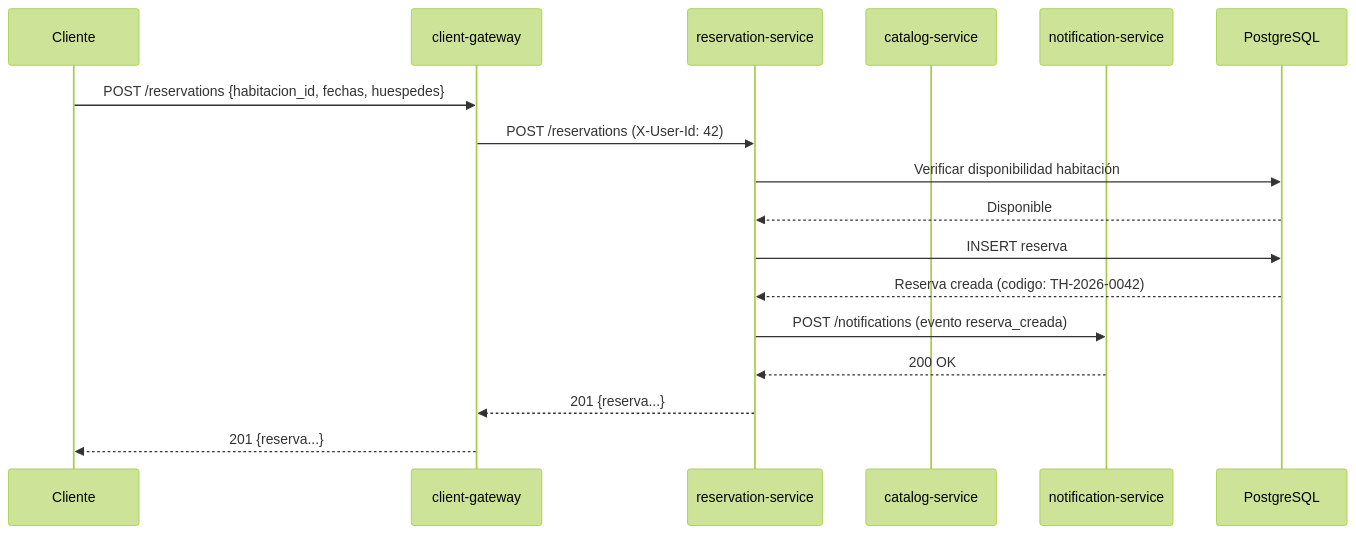
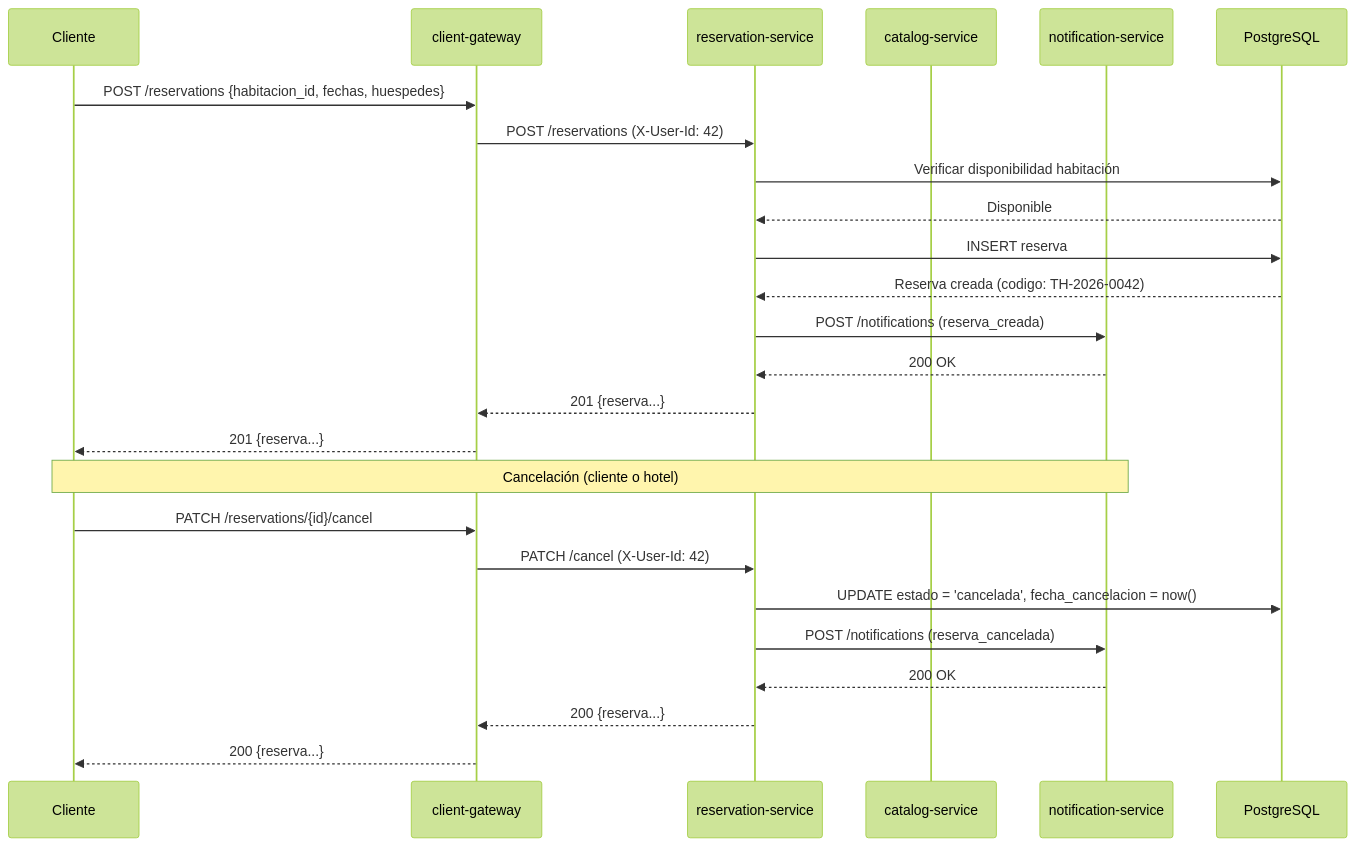
Before and after one commit to afvelezUniandes/proyecto-final: the fourth of 6 diagrams in docs/arquitectura.md, drawn with Mermaid (forest theme). The commit also changed 7 other files, not shown here.

````diff
--- a/docs/arquitectura.md
+++ b/docs/arquitectura.md
@@ -142,20 +142,30 @@
 ```mermaid
 sequenceDiagram
     participant C as Cliente
     participant GW as client-gateway
     participant Res as reservation-service
     participant Cat as catalog-service
     participant Notif as notification-service
     participant DB as PostgreSQL
 
     C->>GW: POST /reservations {habitacion_id, fechas, huespedes}
     GW->>Res: POST /reservations (X-User-Id: 42)
     Res->>DB: Verificar disponibilidad habitación
     DB-->>Res: Disponible
     Res->>DB: INSERT reserva
     DB-->>Res: Reserva creada (codigo: TH-2026-0042)
-    Res->>Notif: POST /notifications (evento reserva_creada)
+    Res->>Notif: POST /notifications (reserva_creada)
     Notif-->>Res: 200 OK
     Res-->>GW: 201 {reserva...}
     GW-->>C: 201 {reserva...}
+
+    Note over C,Notif: Cancelación (cliente o hotel)
+
+    C->>GW: PATCH /reservations/{id}/cancel
+    GW->>Res: PATCH /cancel (X-User-Id: 42)
+    Res->>DB: UPDATE estado = 'cancelada', fecha_cancelacion = now()
+    Res->>Notif: POST /notifications (reserva_cancelada)
+    Notif-->>Res: 200 OK
+    Res-->>GW: 200 {reserva...}
+    GW-->>C: 200 {reserva...}
 ```
````
